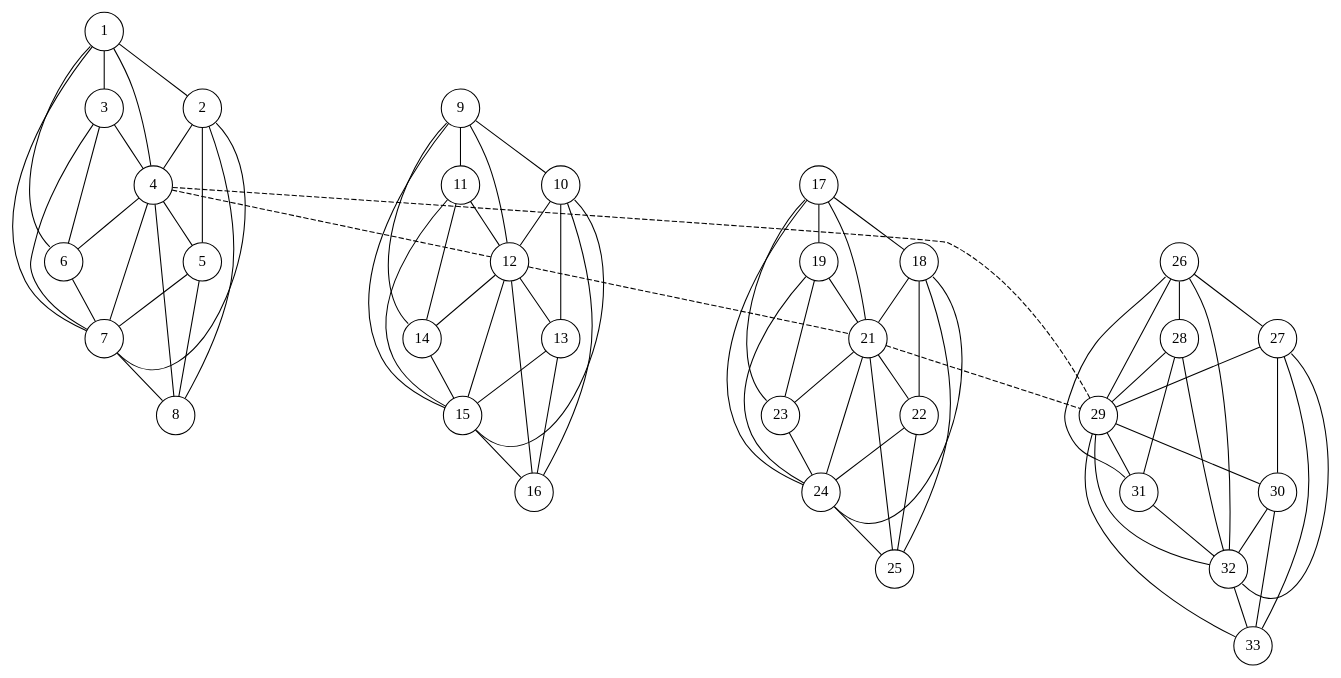
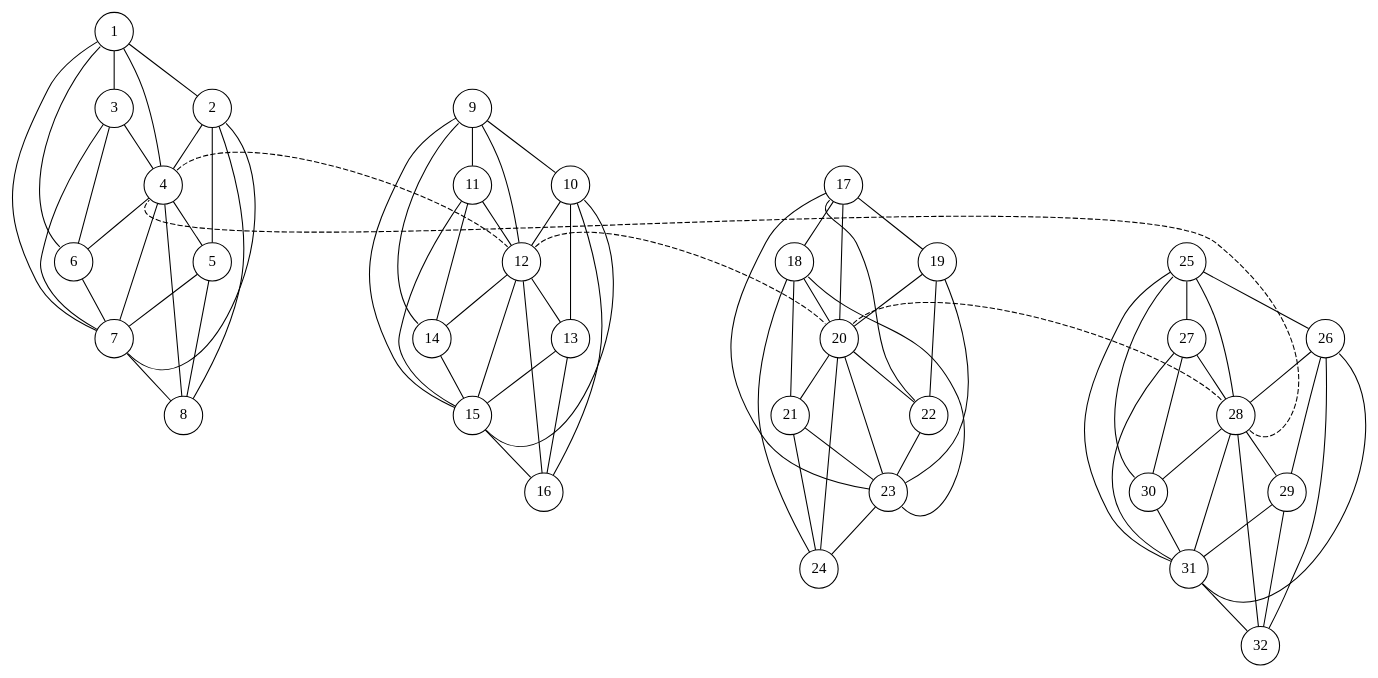
One commit to vladklokun/university-stuff changed the diagram in y03s02/computer-systems/coursework/02-report/assets/cluster-08-04-ring-s04.dot. Above: the diagram before and after it, drawn with Graphviz. The commit also changed 25 other files, not shown here.

Commit message:
Y03S02: Computer Systems: Coursework 01: update diagrams, fix figure and table placement. (Version 01).

```diff
--- a/y03s02/computer-systems/coursework/02-report/assets/cluster-08-04-ring-s04.dot
+++ b/y03s02/computer-systems/coursework/02-report/assets/cluster-08-04-ring-s04.dot
@@ -1,115 +1,115 @@
 /*
  * Build using:
  * neato -Tpdf -O cluster_08.dot
  *
  */
 graph {
 	graph [
 		overlap=true,
 		splines=true,
 		margin = "0,0",
 		fontname = "STIX Two Math",
 		esep = "0.5"
 	];
 
 	node [
 		shape=circle,
 		fixedsize=true, // don't allow nodes to change sizes dynamically
 		width=0.5, // relative to the underlying coordinate grid?
 		color="black", // node border color (X11 or HTML colors)
 		fillcolor="white", // node fill color (X11 or HTML colors)
 		fontname = "STIX Two Math",
 	];
 
 	edge [
 	];
 
-	c1n1 [pos="-02.00, 02.00!", label="1"];
-	c1n2 [pos="-01.00, 02.00!", label="2"];
-	c1n3 [pos="-02.50, 01.00!", label="3"];
-	c1n4 [pos="-01.50, 01.00!", label="4"];
-	c1n5 [pos="-00.50, 01.00!", label="5"];
-	c1n6 [pos="-03.00, 00.00!", label="6"];
-	c1n7 [pos="-02.00, 00.00!", label="7"];
-	c1n8 [pos="-01.00, 00.00!", label="8"];
+	c1n1 [pos="01.00, 02.00!", label="1"];
+	c1n2 [pos="02.00, 02.00!", label="2"];
+	c1n3 [pos="00.50, 01.00!", label="3"];
+	c1n4 [pos="01.50, 01.00!", label="4"];
+	c1n5 [pos="02.50, 01.00!", label="5"];
+	c1n6 [pos="00.00, 00.00!", label="6"];
+	c1n7 [pos="01.00, 00.00!", label="7"];
+	c1n8 [pos="02.00, 00.00!", label="8"];
 	subgraph 1 {
 		c1n1:sw -- c1n6:nw;
 		c1n1 -- {c1n3 c1n7 c1n4 c1n2};
 		c1n2 -- {c1n4 c1n8 c1n5};
 		c1n2:se -- c1n7:se;
 		c1n3 -- {c1n4 c1n7 c1n6};
 		c1n4 -- {c1n5 c1n8 c1n7 c1n6};
 		c1n5 -- {c1n7 c1n8};
 		c1n6 -- {c1n7};
 		c1n7 -- {c1n8 };
 		c1n8 -- {};
 	}
 
-	c2n1 [pos="-02.00, 05.00!", label="9"];
-	c2n2 [pos="-01.00, 05.00!", label="10"];
-	c2n3 [pos="-02.50, 04.00!", label="11"];
-	c2n4 [pos="-01.50, 04.00!", label="12"];
-	c2n5 [pos="-00.50, 04.00!", label="13"];
-	c2n6 [pos="-03.00, 03.00!", label="14"];
-	c2n7 [pos="-02.00, 03.00!", label="15"];
-	c2n8 [pos="-01.00, 03.00!", label="16"];
+	c2n1 [pos="04.00, 02.00!", label="9"];
+	c2n2 [pos="05.00, 02.00!", label="10"];
+	c2n3 [pos="03.50, 01.00!", label="11"];
+	c2n4 [pos="04.50, 01.00!", label="12"];
+	c2n5 [pos="05.50, 01.00!", label="13"];
+	c2n6 [pos="03.00, 00.00!", label="14"];
+	c2n7 [pos="04.00, 00.00!", label="15"];
+	c2n8 [pos="05.00, 00.00!", label="16"];
 	subgraph 2 {
 		c2n1:sw -- c2n6:nw;
 		c2n1 -- {c2n3 c2n7 c2n4 c2n2};
 		c2n2 -- {c2n4 c2n8 c2n5};
 		c2n2:se -- c2n7:se;
 		c2n3 -- {c2n4 c2n7 c2n6};
 		c2n4 -- {c2n5 c2n8 c2n7 c2n6};
 		c2n5 -- {c2n7 c2n8};
 		c2n6 -- {c2n7};
 		c2n7 -- {c2n8 };
 		c2n8 -- {};
 	}
 
-	c3n1 [pos="01.00, 05.00!", label="17"];
-	c3n2 [pos="02.00, 05.00!", label="18"];
-	c3n3 [pos="00.50, 04.00!", label="19"];
-	c3n4 [pos="01.50, 04.00!", label="21"];
-	c3n5 [pos="02.50, 04.00!", label="22"];
-	c3n6 [pos="00.00, 03.00!", label="23"];
-	c3n7 [pos="01.00, 03.00!", label="24"];
-	c3n8 [pos="02.00, 03.00!", label="25"];
+	c3n1 [pos="07.00, 02.00!", label="17"];
+	c3n2 [pos="08.00, 02.00!", label="18"];
+	c3n3 [pos="06.50, 01.00!", label="19"];
+	c3n4 [pos="07.50, 01.00!", label="20"];
+	c3n5 [pos="08.50, 01.00!", label="21"];
+	c3n6 [pos="06.00, 00.00!", label="22"];
+	c3n7 [pos="07.00, 00.00!", label="23"];
+	c3n8 [pos="08.00, 00.00!", label="24"];
 	subgraph 3 {
 		c3n1:sw -- c3n6:nw;
 		c3n1 -- {c3n3 c3n7 c3n4 c3n2};
 		c3n2 -- {c3n4 c3n8 c3n5};
 		c3n2:se -- c3n7:se;
 		c3n3 -- {c3n4 c3n7 c3n6};
 		c3n4 -- {c3n5 c3n8 c3n7 c3n6};
 		c3n5 -- {c3n7 c3n8};
 		c3n6 -- {c3n7};
 		c3n7 -- {c3n8 };
 		c3n8 -- {};
 	}
 
-	c4n1 [pos="04.00, 05.00!", label="26"];
-	c4n2 [pos="05.00, 05.00!", label="27"];
-	c4n3 [pos="03.50, 04.00!", label="28"];
-	c4n4 [pos="04.50, 04.00!", label="29"];
-	c4n5 [pos="05.50, 04.00!", label="30"];
-	c4n6 [pos="03.00, 03.00!", label="31"];
-	c4n7 [pos="04.00, 03.00!", label="32"];
-	c4n8 [pos="05.00, 03.00!", label="33"];
+	c4n1 [pos="10.00, 02.00!", label="25"];
+	c4n2 [pos="11.00, 02.00!", label="26"];
+	c4n3 [pos="09.50, 01.00!", label="27"];
+	c4n4 [pos="10.50, 01.00!", label="28"];
+	c4n5 [pos="11.50, 01.00!", label="29"];
+	c4n6 [pos="09.00, 00.00!", label="30"];
+	c4n7 [pos="10.00, 00.00!", label="31"];
+	c4n8 [pos="11.00, 00.00!", label="32"];
 	subgraph 4 {
 		c4n1:sw -- c4n6:nw;
 		c4n1 -- {c4n3 c4n7 c4n4 c4n2};
 		c4n2 -- {c4n4 c4n8 c4n5};
 		c4n2:se -- c4n7:se;
 		c4n3 -- {c4n4 c4n7 c4n6};
 		c4n4 -- {c4n5 c4n8 c4n7 c4n6};
 		c4n5 -- {c4n7 c4n8};
 		c4n6 -- {c4n7};
 		c4n7 -- {c4n8 };
 		c4n8 -- {};
 	}
 
-	c1n4 -- c2n4 [style = dashed];
-	c2n4 -- c3n4 [style = dashed];
-	c3n4 -- c4n4 [style = dashed];
-	c4n4 -- c1n4 [style = dashed];
+	c1n4:ne -- c2n4:nw [style = dashed];
+	c2n4:ne -- c3n4:nw [style = dashed];
+	c3n4:ne -- c4n4:nw [style = dashed];
+	c4n4:se -- c1n4:sw [style = dashed];
 }
```
